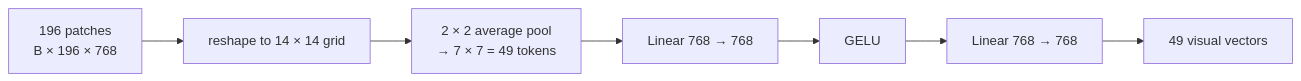
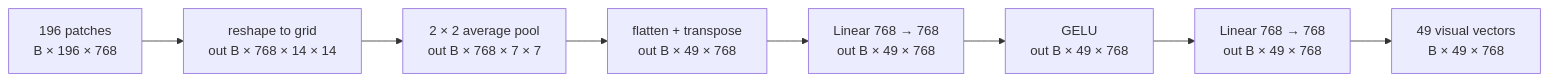
The ninth of 9 diagrams in experiment/connector.md (AsishKumarDalal/medicalvllm), drawn with Mermaid before and after one commit. The commit also changed other lines of this file, not shown here.

Commit message:
Annotate every connector diagram node with output dimensions

````diff
--- a/experiment/connector.md
+++ b/experiment/connector.md
@@ -327,5 +327,5 @@
 ```mermaid
 flowchart LR
-    P["196 patches<br/>B × 196 × 768"] --> R["reshape to 14 × 14 grid"] --> AP["2 × 2 average pool<br/>→ 7 × 7 = 49 tokens"]
-    AP --> L1["Linear 768 → 768"] --> G["GELU"] --> L2["Linear 768 → 768"] --> O["49 visual vectors"]
+    P["196 patches<br/>B × 196 × 768"] --> R["reshape to grid<br/>out B × 768 × 14 × 14"] --> AP["2 × 2 average pool<br/>out B × 768 × 7 × 7"]
+    AP --> FL["flatten + transpose<br/>out B × 49 × 768"] --> L1["Linear 768 → 768<br/>out B × 49 × 768"] --> G["GELU<br/>out B × 49 × 768"] --> L2["Linear 768 → 768<br/>out B × 49 × 768"] --> O["49 visual vectors<br/>B × 49 × 768"]
 ```
````
